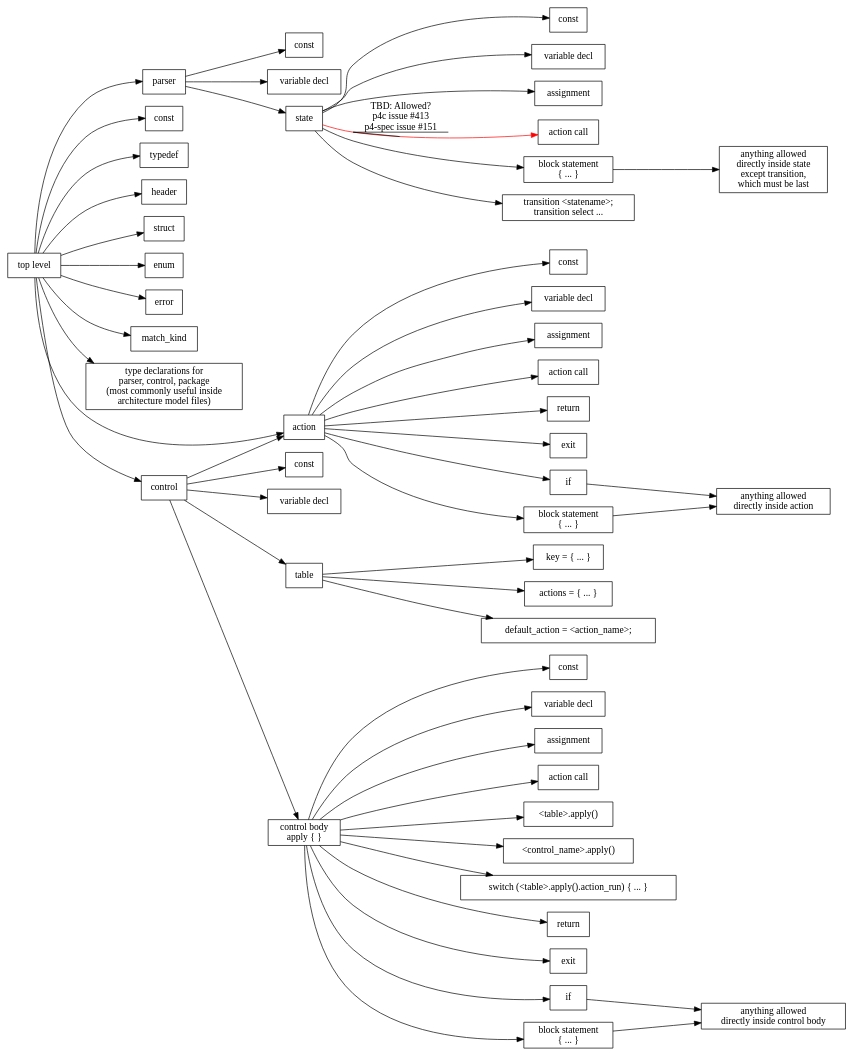
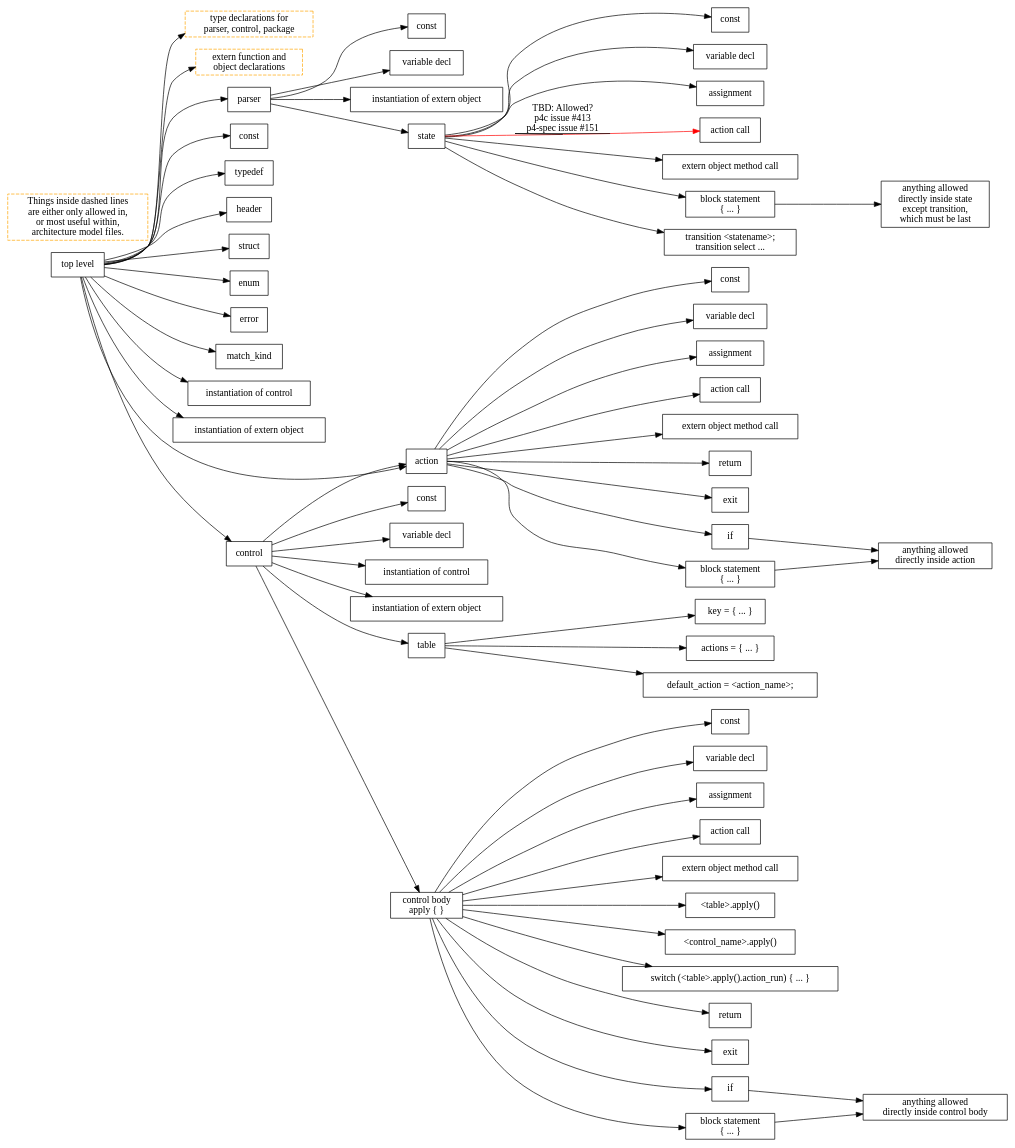
One commit to jafingerhut/p4-guide changed the diagram in p4-16-allowed-constructs.dot. Above: the diagram before and after it, drawn with Graphviz. The commit also changed 3 other files, not shown here.

First line of the commit message:
Add extern object instantiations and method calls, and several other things

```diff
--- a/p4-16-allowed-constructs.dot
+++ b/p4-16-allowed-constructs.dot
@@ -1,145 +1,164 @@
 digraph p4_16_allowed_construct_nesting {
 
     node [shape=box];
     rankdir=LR;
     
-    
     toplevel [label="top level"];
+    legend_bold_orange_box [label="Things inside dashed lines\nare either only allowed in,\nor most useful within,\narchitecture model files." style=dashed color=orange];
+
+    toplevel -> typeDeclaration;
+    typeDeclaration [label="type declarations for\nparser, control, package" style=dashed color=orange];
+    toplevel -> externDeclaration;
+    externDeclaration [label="extern function and\n object declarations" style=dashed color=orange];
     toplevel -> parserDeclaration;
     parserDeclaration [label="parser"];
     toplevel -> constantDeclaration1;
     constantDeclaration1 [label="const"];
     toplevel -> typedefDeclaration;
     typedefDeclaration [label="typedef"];
     toplevel -> headerTypeDeclaration;
     headerTypeDeclaration [label="header"];
     toplevel -> structTypeDeclaration;
     structTypeDeclaration [label="struct"];
     toplevel -> enumDeclaration;
     enumDeclaration [label="enum"];
     toplevel -> errorDeclaration;
     errorDeclaration [label="error"];
     toplevel -> matchKindDeclaration;
     matchKindDeclaration [label="match_kind"];
-    toplevel -> typeDeclarations;
-    typeDeclarations [label="type declarations for\nparser, control, package\n(most commonly useful inside\narchitecture model files)"];
+    toplevel -> controlInstantiation;
+    controlInstantiation [label="instantiation of control"];
+    toplevel -> externObjectInstantiation;
+    externObjectInstantiation [label="instantiation of extern object"];
     toplevel -> actionDeclaration;
     actionDeclaration [label="action"];
     toplevel -> controlDeclaration;
     controlDeclaration [label="control"];
 
     // this is 'parser <name> (<parameters>) { ... }'
     parserDeclaration -> constantDeclaration2;
     constantDeclaration2 [label="const"];
     parserDeclaration -> variableDeclaration2;
     variableDeclaration2 [label="variable decl"];
+    parserDeclaration -> externObjectInstantiation2;
+    externObjectInstantiation2 [label="instantiation of extern object"];
     parserDeclaration -> parserState;
 
     parserState [label="state"];
     parserState -> constantDeclaration3;
     constantDeclaration3 [label="const"];
     parserState -> variableDeclaration3;
     variableDeclaration3 [label="variable decl"];
     parserState -> assignmentStatement3;
     assignmentStatement3 [label="assignment"];
     parserState -> actionCallStatement3 [color=red label="TBD: Allowed?\np4c issue #413\np4-spec issue #151" decorate=True];
     actionCallStatement3 [label="action call"];
+    parserState -> externObjectMethodCallStatement3;
+    externObjectMethodCallStatement3 [label="extern object method call"];
     parserState -> blockStatement3;
     blockStatement3 [label="block statement\n{ ... }"];
     blockStatement3 -> blockStatementInParserState;
     blockStatementInParserState [label="anything allowed\ndirectly inside state\nexcept transition,\nwhich must be last"];
     parserState -> transitionStatement;
     transitionStatement [label="transition <statename>;\ntransition select ..."];
 
     controlDeclaration -> constantDeclaration4;
     constantDeclaration4 [label="const"];
     controlDeclaration -> variableDeclaration4;
     variableDeclaration4 [label="variable decl"];
+    controlDeclaration -> controlInstantiation4;
+    controlInstantiation4 [label="instantiation of control"];
+    controlDeclaration -> externObjectInstantiation4;
+    externObjectInstantiation4 [label="instantiation of extern object"];
     controlDeclaration -> actionDeclaration;
     controlDeclaration -> tableDeclaration;
     controlDeclaration -> controlBody;
     controlBody [label="control body\napply { }"];
 
     tableDeclaration [label="table"];
     tableDeclaration -> tablePropertyKey;
     tablePropertyKey [label="key = { ... }"];
     tableDeclaration -> tablePropertyActions;
     tablePropertyActions [label="actions = { ... }"];
     tableDeclaration -> tablePropertyDefaultAction;
     tablePropertyDefaultAction [label="default_action = <action_name>;"];
 
     actionDeclaration -> constantDeclaration5;
     constantDeclaration5 [label="const"];
     actionDeclaration -> variableDeclaration5;
     variableDeclaration5 [label="variable decl"];
     actionDeclaration -> assignmentStatement5;
     assignmentStatement5 [label="assignment"];
     actionDeclaration -> actionCallStatement5;
     actionCallStatement5 [label="action call"];
+    actionDeclaration -> externObjectMethodCallStatement5;
+    externObjectMethodCallStatement5 [label="extern object method call"];
     actionDeclaration -> returnStatement5;
     returnStatement5 [label="return"];
     actionDeclaration -> exitStatement5;
     exitStatement5 [label="exit"];
     actionDeclaration -> conditionalStatement5;
     conditionalStatement5 [label="if"];
     conditionalStatement5 -> blockStatementInActionDeclaration;
     actionDeclaration -> blockStatement5;
     blockStatement5 [label="block statement\n{ ... }"];
     blockStatement5 -> blockStatementInActionDeclaration;
     blockStatementInActionDeclaration [label="anything allowed\ndirectly inside action"];
 
     // I am making up actionCallStatement.  It might most closely
     // correspond in P4_16 grammar to assignmentOrMethodCallStatement.
     //actionCallStatement
 
     controlBody -> constantDeclaration6;
     constantDeclaration6 [label="const"];
     controlBody -> variableDeclaration6;
     variableDeclaration6 [label="variable decl"];
     controlBody -> assignmentStatement6;
     assignmentStatement6 [label="assignment"];
     controlBody -> actionCallStatement6;
     actionCallStatement6 [label="action call"];
+    controlBody -> externObjectMethodCallStatement6;
+    externObjectMethodCallStatement6 [label="extern object method call"];
     controlBody -> tableApplyCall6;
     tableApplyCall6 [label="<table>.apply()"];
     controlBody -> controlCallStatement6;
     controlCallStatement6 [label="<control_name>.apply()"];
     controlBody -> switchStatement6;
     switchStatement6 [label="switch (<table>.apply().action_run) { ... }"];
     controlBody -> returnStatement6;
     returnStatement6 [label="return"];
     controlBody -> exitStatement6;
     exitStatement6 [label="exit"];
     controlBody -> conditionalStatement6;
     conditionalStatement6 [label="if"];
     conditionalStatement6 -> blockStatementInControlBody;
     controlBody -> blockStatement6;
     blockStatement6 [label="block statement\n{ ... }"];
     blockStatement6 -> blockStatementInControlBody;
     blockStatementInControlBody [label="anything allowed\ndirectly inside control body"];
 
 //    blockStatement [label="block statement\n{ ... }"];
 //    blockStatement -> constantDeclaration7;
 //    constantDeclaration7 [label="const"];
 //    blockStatement -> variableDeclaration7;
 //    variableDeclaration7 [label="variable decl"];
 //    blockStatement -> actionCallStatement7;
 //    actionCallStatement7 [label="action call"];
 //    blockStatement -> assignmentStatement7;
 //    assignmentStatement7 [label="assignment"];
 //    blockStatement -> blockStatement;
 //    blockStatement -> conditionalStatement7 [label="unless block is\ninside state" decorate=True];
 //    conditionalStatement7 [label="if"];
 //    conditionalStatement7 -> conditionalStatement7;
 //    blockStatement -> returnStatement7 [label="unless block is\ninside state" decorate=True];
 //    returnStatement7 [label="return"];
 //    blockStatement -> exitStatement7 [label="unless block is\ninside state" decorate=True];
 //    exitStatement7 [label="exit"];
 //    blockStatement -> tableApplyCall7 [label="only in\ncontrol body\n'apply'" decorate=True];
 //    tableApplyCall7 [label="<table>.apply()"];
 //    blockStatement -> switchStatement7 [label="only in\ncontrol body\n'apply'" decorate=True];
 //    switchStatement7 [label="switch (<table>.apply().action_run) { ... }"];
 
 //    conditionalStatement [label="if"];
 //    conditionalStatement -> conditionalStatement;
 }
```
